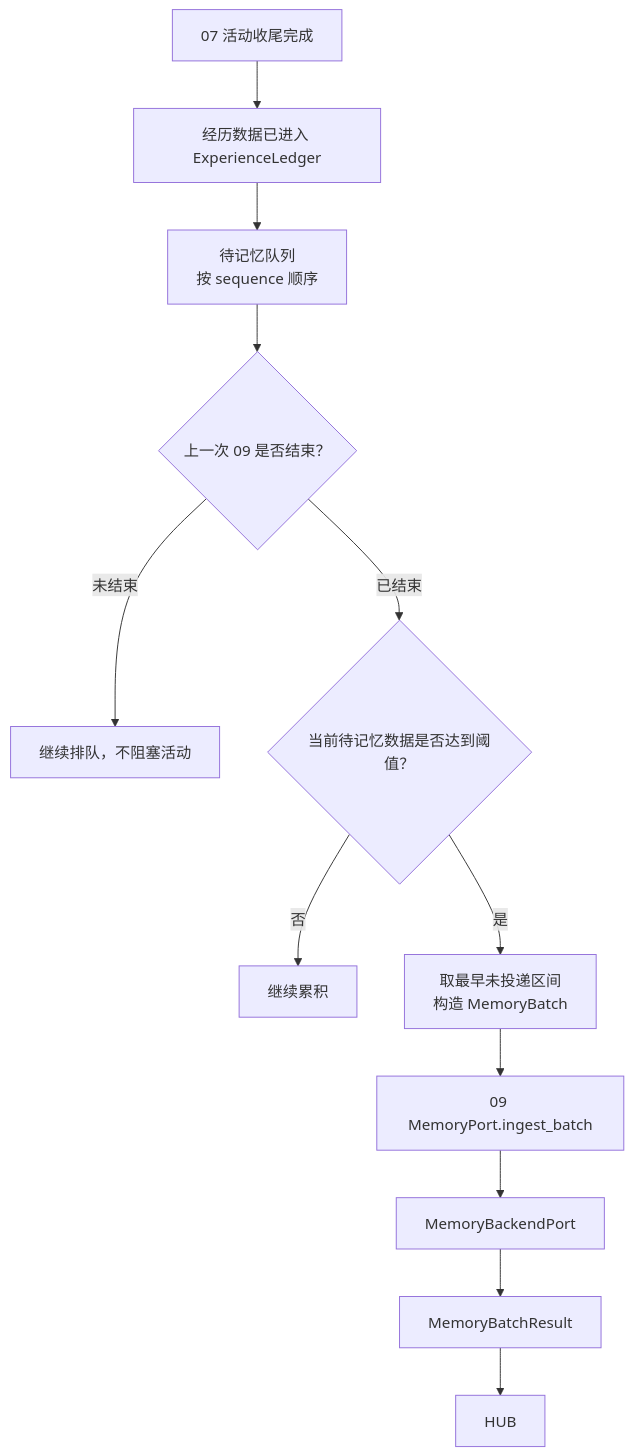
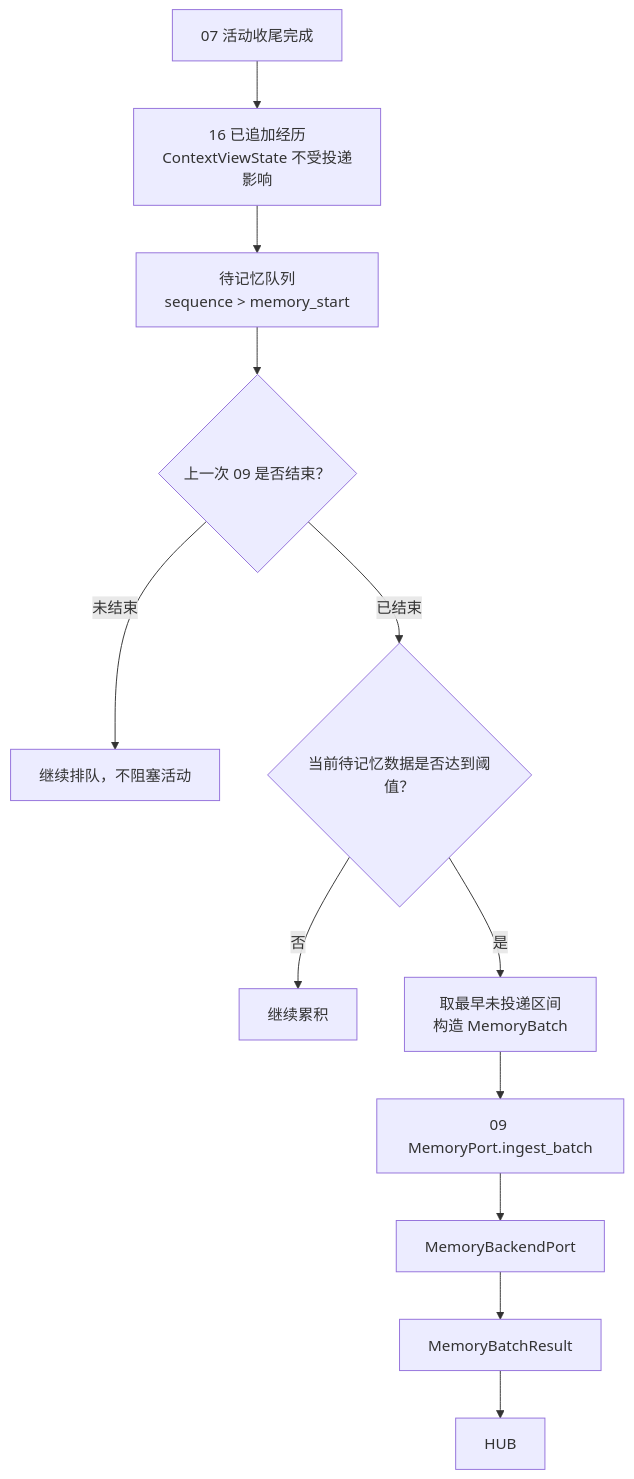
The diagram in doc/design/30-记忆数据管控.md (Llllsuhdjhhd/JShi), drawn with Mermaid before and after one commit. The commit also changed other lines of this file and 28 other files, not shown here.

First line of the commit message:
feat: keep context as an incrementally edited view on the experience ledger

````diff
--- a/doc/design/30-记忆数据管控.md
+++ b/doc/design/30-记忆数据管控.md
@@ -58,14 +60,14 @@
 ```mermaid
 flowchart TB
-    CLOSE["07 活动收尾完成"] --> APPEND["经历数据已进入 ExperienceLedger"]
-    APPEND --> QUEUE["待记忆队列<br/>按 sequence 顺序"]
+    CLOSE["07 活动收尾完成"] --> APPEND["16 已追加经历<br/>ContextViewState 不受投递影响"]
+    APPEND --> QUEUE["待记忆队列<br/>sequence > memory_start"]
     QUEUE --> P{"上一次 09 是否结束？"}
     P -- "未结束" --> WAIT["继续排队，不阻塞活动"]
     P -- "已结束" --> SIZE{"当前待记忆数据是否达到阈值？"}
     SIZE -- "否" --> KEEP["继续累积"]
     SIZE -- "是" --> BATCH["取最早未投递区间<br/>构造 MemoryBatch"]
     BATCH --> M09["09 MemoryPort.ingest_batch"]
     M09 --> BACKEND["MemoryBackendPort"]
     BACKEND --> RESULT["MemoryBatchResult"]
     RESULT --> HUB
 ```
````
